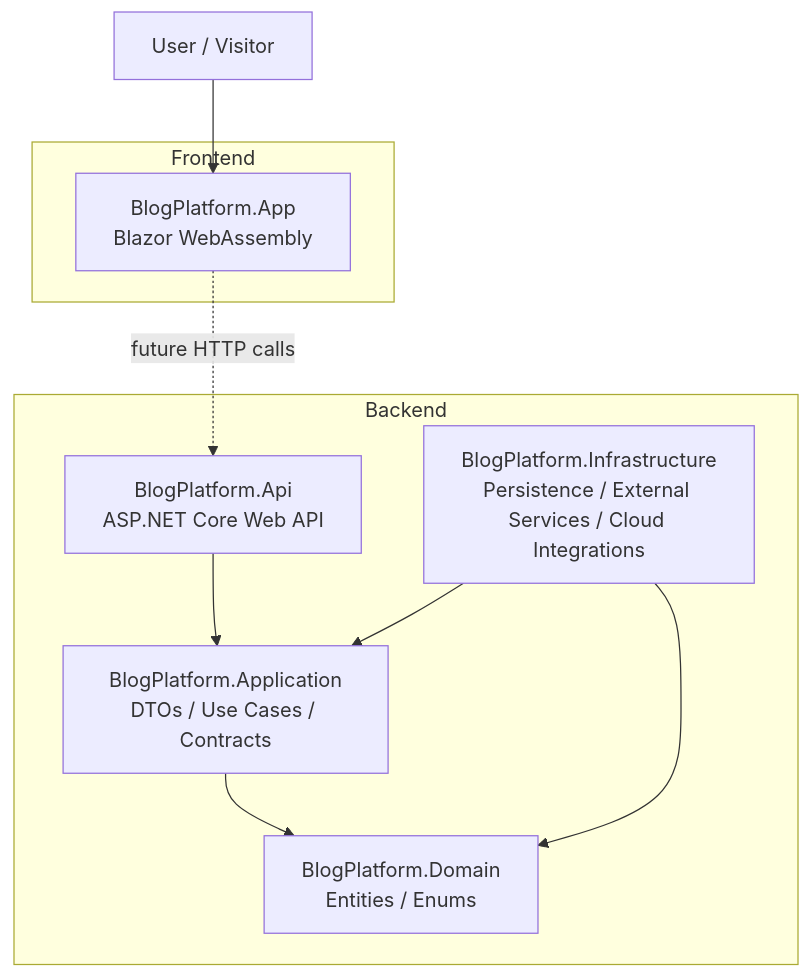
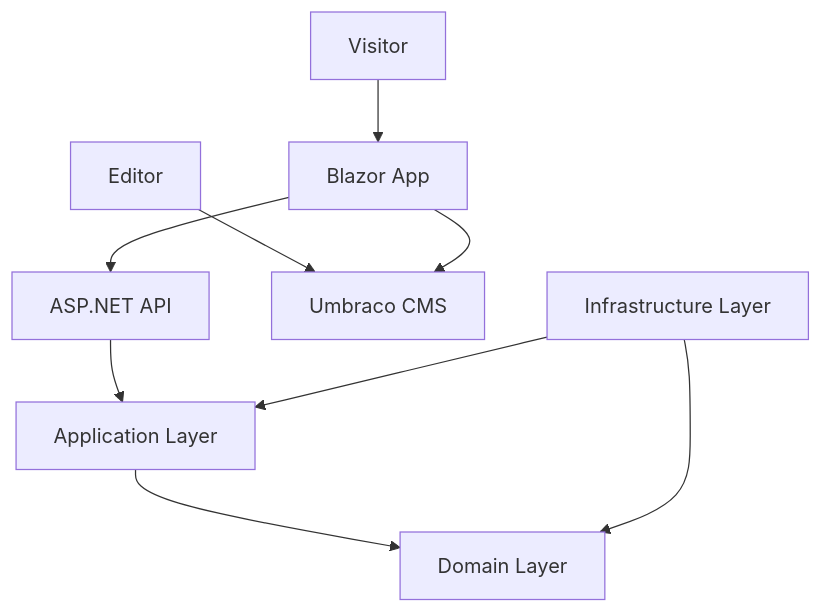
Before and after one commit to michalantolik/zone55-platform: the first of 5 diagrams in README.md, drawn with Mermaid. The commit also changed other lines of this file, not shown here.

````diff
--- a/README.md
+++ b/README.md
@@ -89,22 +80,24 @@
 ```mermaid
 flowchart TB
-    User[User / Visitor]
+    Visitor[Visitor]
+    Editor[Editor]
 
-    subgraph Frontend[Frontend]
-        App[BlogPlatform.App<br/>Blazor WebAssembly]
-    end
+    App[Blazor App]
+    Api[ASP.NET API]
+    Cms[Umbraco CMS]
 
-    subgraph Backend[Backend]
-        Api[BlogPlatform.Api<br/>ASP.NET Core Web API]
-        Application[BlogPlatform.Application<br/>DTOs / Use Cases / Contracts]
-        Domain[BlogPlatform.Domain<br/>Entities / Enums]
-        Infrastructure[BlogPlatform.Infrastructure<br/>Persistence / External Services / Cloud Integrations]
-    end
+    Application[Application Layer]
+    Domain[Domain Layer]
+    Infrastructure[Infrastructure Layer]
 
-    User --> App
-    App -. future HTTP calls .-> Api
+    Visitor --> App
+    Editor --> Cms
+
+    App --> Api
+    App --> Cms
+
     Api --> Application
     Application --> Domain
     Infrastructure --> Application
     Infrastructure --> Domain
 ```
````
